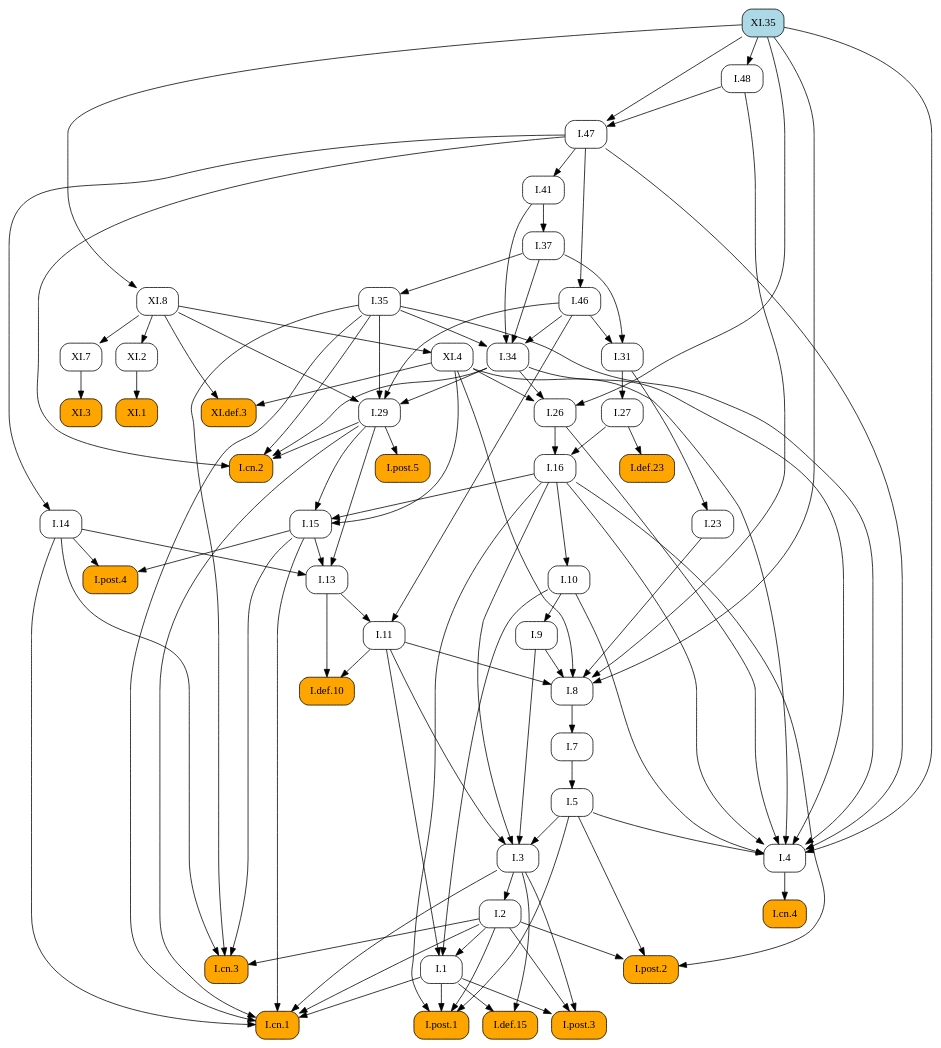
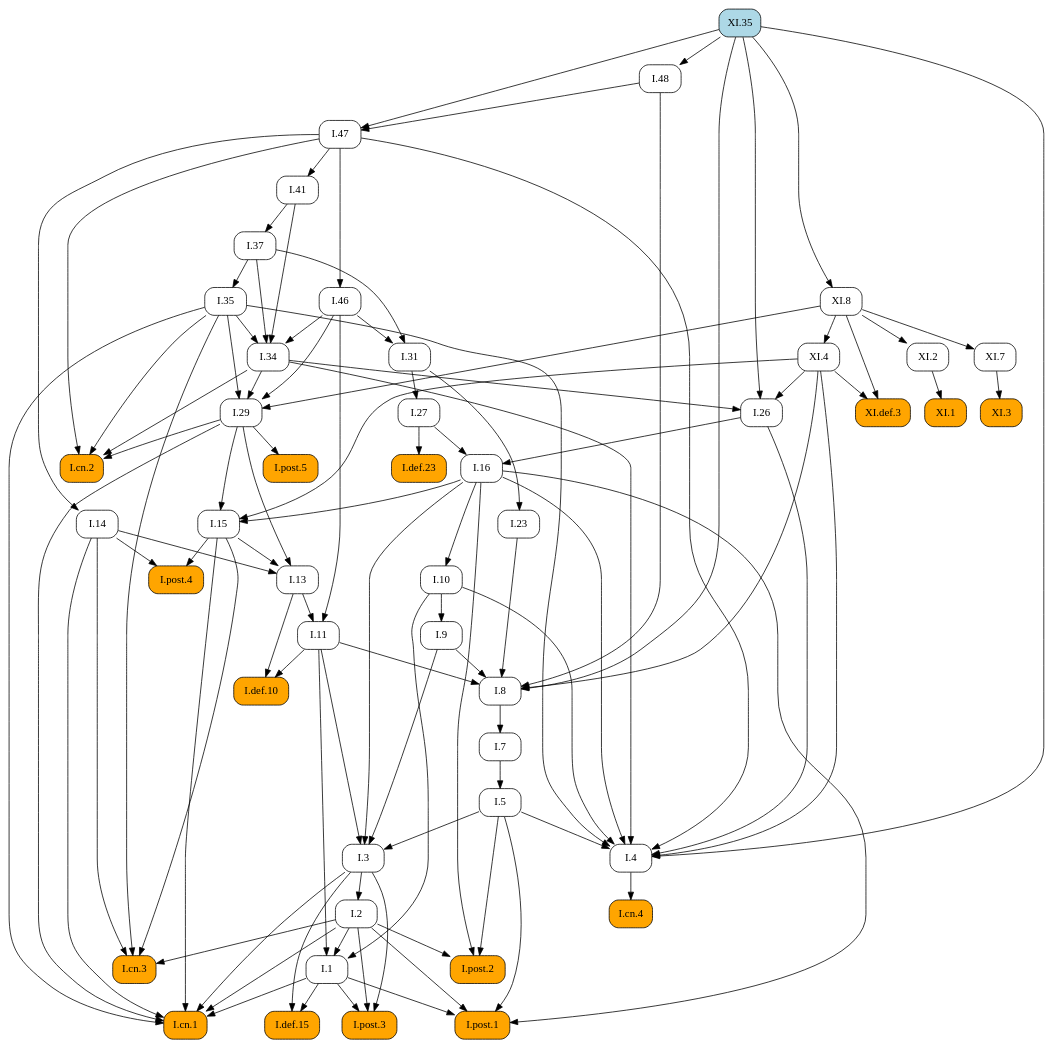
The diagram in docsrc/heath/XI/35/index.rst (geometor/elements), drawn with Graphviz before and after one commit. The commit also changed other lines of this file and 484 other files, not shown here.

```diff
--- a/docsrc/heath/XI/35/index.rst
+++ b/docsrc/heath/XI/35/index.rst
@@ -84,84 +88,87 @@
    digraph {
      rankdir="TB";
      node [shape=box, style=rounded];
+     "I.23" [URL="/heath/I/23/", target="_top"];
+     "I.9" [URL="/heath/I/9/", target="_top"];
+     "XI.4" [URL="/heath/XI/4/", target="_top"];
+     "I.def.15" [style="rounded,filled", fillcolor=orange, URL="/heath/I/def.15/", target="_top"];
+     "I.47" [URL="/heath/I/47/", target="_top"];
+     "XI.8" [URL="/heath/XI/8/", target="_top"];
+     "I.post.3" [style="rounded,filled", fillcolor=orange, URL="/heath/I/post.3/", target="_top"];
+     "I.post.1" [style="rounded,filled", fillcolor=orange, URL="/heath/I/post.1/", target="_top"];
+     "XI.3" [style="rounded,filled", fillcolor=orange, URL="/heath/XI/3/", target="_top"];
+     "I.31" [URL="/heath/I/31/", target="_top"];
      "I.def.10" [style="rounded,filled", fillcolor=orange, URL="/heath/I/def.10/", target="_top"];
+     "XI.35" [style="rounded,filled", fillcolor=lightblue, URL="/heath/XI/35/", target="_top"];
      "XI.def.3" [style="rounded,filled", fillcolor=orange, URL="/heath/XI/def.3/", target="_top"];
+     "I.27" [URL="/heath/I/27/", target="_top"];
+     "I.14" [URL="/heath/I/14/", target="_top"];
+     "XI.2" [URL="/heath/XI/2/", target="_top"];
+     "XI.7" [URL="/heath/XI/7/", target="_top"];
+     "I.3" [URL="/heath/I/3/", target="_top"];
+     "I.34" [URL="/heath/I/34/", target="_top"];
+     "I.35" [URL="/heath/I/35/", target="_top"];
+     "I.cn.1" [style="rounded,filled", fillcolor=orange, URL="/heath/I/cn.1/", target="_top"];
+     "I.7" [URL="/heath/I/7/", target="_top"];
+     "I.2" [URL="/heath/I/2/", target="_top"];
+     "I.13" [URL="/heath/I/13/", target="_top"];
      "I.post.4" [style="rounded,filled", fillcolor=orange, URL="/heath/I/post.4/", target="_top"];
+     "I.48" [URL="/heath/I/48/", target="_top"];
+     "I.4" [URL="/heath/I/4/", target="_top"];
+     "I.1" [URL="/heath/I/1/", target="_top"];
+     "I.5" [URL="/heath/I/5/", target="_top"];
+     "I.8" [URL="/heath/I/8/", target="_top"];
+     "I.37" [URL="/heath/I/37/", target="_top"];
+     "I.29" [URL="/heath/I/29/", target="_top"];
+     "I.cn.3" [style="rounded,filled", fillcolor=orange, URL="/heath/I/cn.3/", target="_top"];
+     "I.16" [URL="/heath/I/16/", target="_top"];
+     "I.15" [URL="/heath/I/15/", target="_top"];
+     "I.10" [URL="/heath/I/10/", target="_top"];
      "I.11" [URL="/heath/I/11/", target="_top"];
-     "I.1" [URL="/heath/I/1/", target="_top"];
+     "I.def.23" [style="rounded,filled", fillcolor=orange, URL="/heath/I/def.23/", target="_top"];
+     "I.cn.2" [style="rounded,filled", fillcolor=orange, URL="/heath/I/cn.2/", target="_top"];
+     "I.post.5" [style="rounded,filled", fillcolor=orange, URL="/heath/I/post.5/", target="_top"];
+     "I.cn.4" [style="rounded,filled", fillcolor=orange, URL="/heath/I/cn.4/", target="_top"];
+     "XI.1" [style="rounded,filled", fillcolor=orange, URL="/heath/XI/1/", target="_top"];
+     "I.41" [URL="/heath/I/41/", target="_top"];
+     "I.post.2" [style="rounded,filled", fillcolor=orange, URL="/heath/I/post.2/", target="_top"];
+     "I.46" [URL="/heath/I/46/", target="_top"];
      "I.26" [URL="/heath/I/26/", target="_top"];
-     "XI.7" [URL="/heath/XI/7/", target="_top"];
-     "I.29" [URL="/heath/I/29/", target="_top"];
-     "I.cn.2" [style="rounded,filled", fillcolor=orange, URL="/heath/I/cn.2/", target="_top"];
-     "XI.8" [URL="/heath/XI/8/", target="_top"];
-     "I.47" [URL="/heath/I/47/", target="_top"];
-     "I.def.15" [style="rounded,filled", fillcolor=orange, URL="/heath/I/def.15/", target="_top"];
-     "I.post.3" [style="rounded,filled", fillcolor=orange, URL="/heath/I/post.3/", target="_top"];
-     "XI.1" [style="rounded,filled", fillcolor=orange, URL="/heath/XI/1/", target="_top"];
-     "I.cn.1" [style="rounded,filled", fillcolor=orange, URL="/heath/I/cn.1/", target="_top"];
-     "I.cn.3" [style="rounded,filled", fillcolor=orange, URL="/heath/I/cn.3/", target="_top"];
-     "XI.2" [URL="/heath/XI/2/", target="_top"];
-     "I.14" [URL="/heath/I/14/", target="_top"];
-     "I.23" [URL="/heath/I/23/", target="_top"];
-     "I.post.1" [style="rounded,filled", fillcolor=orange, URL="/heath/I/post.1/", target="_top"];
-     "I.35" [URL="/heath/I/35/", target="_top"];
-     "I.41" [URL="/heath/I/41/", target="_top"];
-     "I.27" [URL="/heath/I/27/", target="_top"];
-     "I.46" [URL="/heath/I/46/", target="_top"];
-     "I.7" [URL="/heath/I/7/", target="_top"];
-     "I.34" [URL="/heath/I/34/", target="_top"];
-     "I.3" [URL="/heath/I/3/", target="_top"];
-     "I.37" [URL="/heath/I/37/", target="_top"];
-     "I.2" [URL="/heath/I/2/", target="_top"];
-     "I.4" [URL="/heath/I/4/", target="_top"];
-     "I.def.23" [style="rounded,filled", fillcolor=orange, URL="/heath/I/def.23/", target="_top"];
-     "I.13" [URL="/heath/I/13/", target="_top"];
-     "XI.35" [style="rounded,filled", fillcolor=lightblue, URL="/heath/XI/35/", target="_top"];
-     "I.post.2" [style="rounded,filled", fillcolor=orange, URL="/heath/I/post.2/", target="_top"];
-     "I.31" [URL="/heath/I/31/", target="_top"];
-     "I.16" [URL="/heath/I/16/", target="_top"];
-     "I.48" [URL="/heath/I/48/", target="_top"];
-     "I.9" [URL="/heath/I/9/", target="_top"];
-     "I.8" [URL="/heath/I/8/", target="_top"];
-     "I.cn.4" [style="rounded,filled", fillcolor=orange, URL="/heath/I/cn.4/", target="_top"];
-     "I.15" [URL="/heath/I/15/", target="_top"];
-     "XI.4" [URL="/heath/XI/4/", target="_top"];
-     "I.post.5" [style="rounded,filled", fillcolor=orange, URL="/heath/I/post.5/", target="_top"];
-     "I.10" [URL="/heath/I/10/", target="_top"];
-     "I.5" [URL="/heath/I/5/", target="_top"];
-     "XI.3" [style="rounded,filled", fillcolor=orange, URL="/heath/XI/3/", target="_top"];
+     "I.31" -> "I.23";
+     "I.10" -> "I.9";
+     "XI.8" -> "XI.4";
+     "I.1" -> "I.def.15";
+     "I.3" -> "I.def.15";
+     "I.48" -> "I.47";
+     "XI.35" -> "I.47";
+     "XI.35" -> "XI.8";
+     "I.1" -> "I.post.3";
+     "I.2" -> "I.post.3";
+     "I.3" -> "I.post.3";
+     "I.1" -> "I.post.1";
+     "I.2" -> "I.post.1";
+     "I.5" -> "I.post.1";
+     "I.16" -> "I.post.1";
+     "XI.7" -> "XI.3";
+     "I.37" -> "I.31";
+     "I.46" -> "I.31";
      "I.11" -> "I.def.10";
      "I.13" -> "I.def.10";
      "XI.4" -> "XI.def.3";
      "XI.8" -> "XI.def.3";
-     "I.14" -> "I.post.4";
-     "I.15" -> "I.post.4";
-     "I.13" -> "I.11";
-     "I.46" -> "I.11";
-     "I.2" -> "I.1";
-     "I.10" -> "I.1";
-     "I.11" -> "I.1";
-     "I.34" -> "I.26";
-     "XI.4" -> "I.26";
-     "XI.35" -> "I.26";
+     "I.31" -> "I.27";
+     "I.47" -> "I.14";
+     "XI.8" -> "XI.2";
      "XI.8" -> "XI.7";
-     "I.34" -> "I.29";
-     "I.35" -> "I.29";
-     "I.46" -> "I.29";
-     "XI.8" -> "I.29";
-     "I.29" -> "I.cn.2";
-     "I.34" -> "I.cn.2";
-     "I.35" -> "I.cn.2";
-     "I.47" -> "I.cn.2";
-     "XI.35" -> "XI.8";
-     "I.48" -> "I.47";
-     "XI.35" -> "I.47";
-     "I.1" -> "I.def.15";
-     "I.3" -> "I.def.15";
-     "I.1" -> "I.post.3";
-     "I.2" -> "I.post.3";
-     "I.3" -> "I.post.3";
-     "XI.2" -> "XI.1";
+     "I.5" -> "I.3";
+     "I.9" -> "I.3";
+     "I.11" -> "I.3";
+     "I.16" -> "I.3";
+     "I.35" -> "I.34";
+     "I.37" -> "I.34";
+     "I.41" -> "I.34";
+     "I.46" -> "I.34";
+     "I.37" -> "I.35";
      "I.1" -> "I.cn.1";
      "I.2" -> "I.cn.1";
      "I.3" -> "I.cn.1";
@@ -169,32 +176,14 @@
      "I.15" -> "I.cn.1";
      "I.29" -> "I.cn.1";
      "I.35" -> "I.cn.1";
-     "I.2" -> "I.cn.3";
-     "I.14" -> "I.cn.3";
-     "I.15" -> "I.cn.3";
-     "I.35" -> "I.cn.3";
-     "XI.8" -> "XI.2";
-     "I.47" -> "I.14";
-     "I.31" -> "I.23";
-     "I.1" -> "I.post.1";
-     "I.2" -> "I.post.1";
-     "I.5" -> "I.post.1";
-     "I.16" -> "I.post.1";
-     "I.37" -> "I.35";
-     "I.47" -> "I.41";
-     "I.31" -> "I.27";
-     "I.47" -> "I.46";
      "I.8" -> "I.7";
-     "I.35" -> "I.34";
-     "I.37" -> "I.34";
-     "I.41" -> "I.34";
-     "I.46" -> "I.34";
-     "I.5" -> "I.3";
-     "I.9" -> "I.3";
-     "I.11" -> "I.3";
-     "I.16" -> "I.3";
-     "I.41" -> "I.37";
      "I.3" -> "I.2";
+     "I.14" -> "I.13";
+     "I.15" -> "I.13";
+     "I.29" -> "I.13";
+     "I.14" -> "I.post.4";
+     "I.15" -> "I.post.4";
+     "XI.35" -> "I.48";
      "I.5" -> "I.4";
      "I.10" -> "I.4";
      "I.16" -> "I.4";
@@ -204,32 +193,47 @@
      "I.47" -> "I.4";
      "XI.4" -> "I.4";
      "XI.35" -> "I.4";
-     "I.27" -> "I.def.23";
-     "I.14" -> "I.13";
-     "I.15" -> "I.13";
-     "I.29" -> "I.13";
-     "I.2" -> "I.post.2";
-     "I.5" -> "I.post.2";
-     "I.16" -> "I.post.2";
-     "I.37" -> "I.31";
-     "I.46" -> "I.31";
-     "I.26" -> "I.16";
-     "I.27" -> "I.16";
-     "XI.35" -> "I.48";
-     "I.10" -> "I.9";
+     "I.2" -> "I.1";
+     "I.10" -> "I.1";
+     "I.11" -> "I.1";
+     "I.7" -> "I.5";
      "I.9" -> "I.8";
      "I.11" -> "I.8";
      "I.23" -> "I.8";
      "I.48" -> "I.8";
      "XI.4" -> "I.8";
      "XI.35" -> "I.8";
-     "I.4" -> "I.cn.4";
+     "I.41" -> "I.37";
+     "I.34" -> "I.29";
+     "I.35" -> "I.29";
+     "I.46" -> "I.29";
+     "XI.8" -> "I.29";
+     "I.2" -> "I.cn.3";
+     "I.14" -> "I.cn.3";
+     "I.15" -> "I.cn.3";
+     "I.35" -> "I.cn.3";
+     "I.26" -> "I.16";
+     "I.27" -> "I.16";
      "I.16" -> "I.15";
      "I.29" -> "I.15";
      "XI.4" -> "I.15";
-     "XI.8" -> "XI.4";
+     "I.16" -> "I.10";
+     "I.13" -> "I.11";
+     "I.46" -> "I.11";
+     "I.27" -> "I.def.23";
+     "I.29" -> "I.cn.2";
+     "I.34" -> "I.cn.2";
+     "I.35" -> "I.cn.2";
+     "I.47" -> "I.cn.2";
      "I.29" -> "I.post.5";
-     "I.16" -> "I.10";
-     "I.7" -> "I.5";
-     "XI.7" -> "XI.3";
+     "I.4" -> "I.cn.4";
+     "XI.2" -> "XI.1";
+     "I.47" -> "I.41";
+     "I.2" -> "I.post.2";
+     "I.5" -> "I.post.2";
+     "I.16" -> "I.post.2";
+     "I.47" -> "I.46";
+     "I.34" -> "I.26";
+     "XI.4" -> "I.26";
+     "XI.35" -> "I.26";
    }
```
